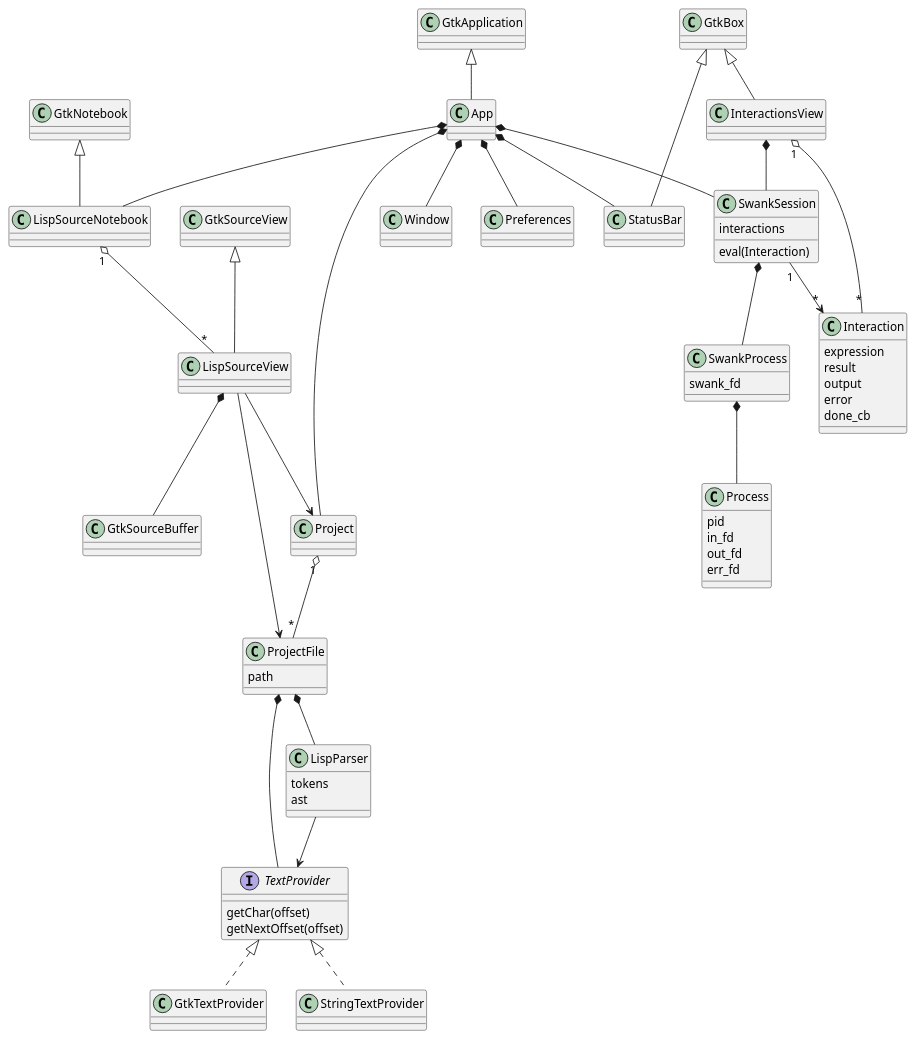
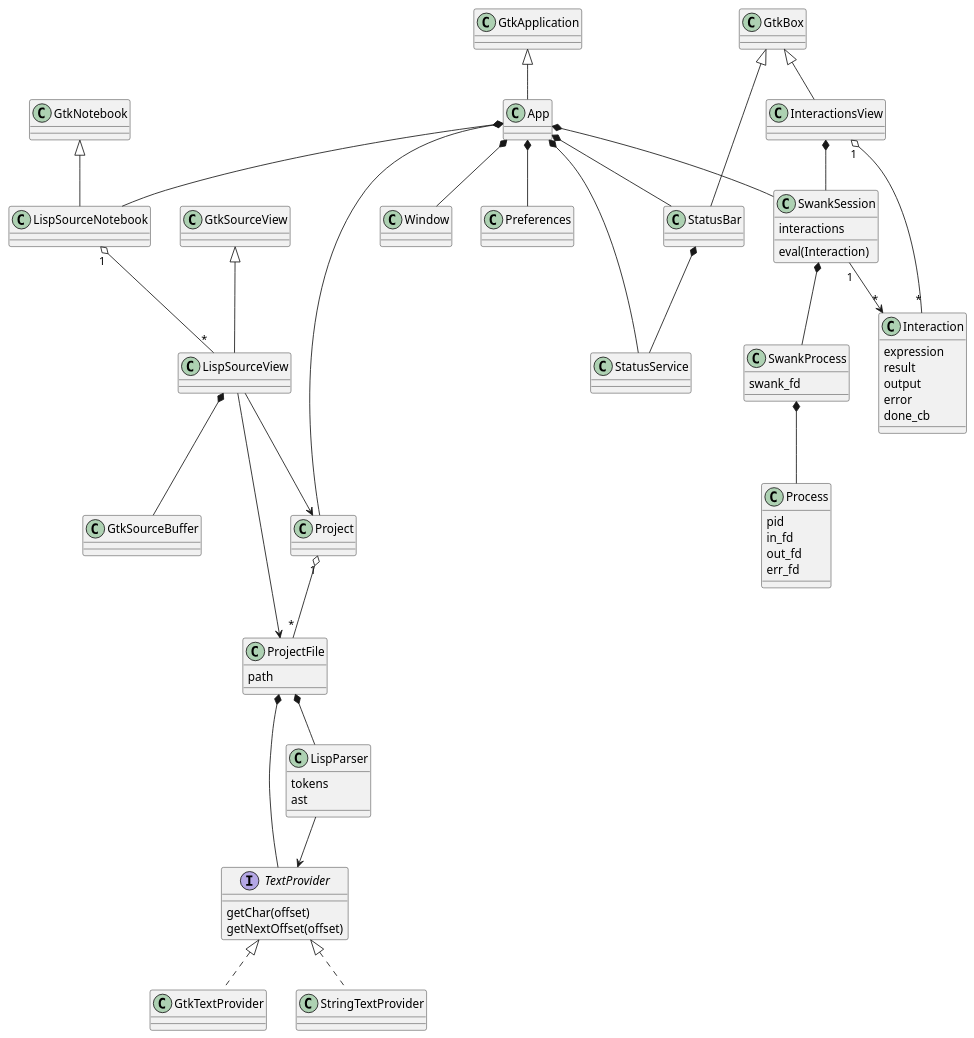
Before and after one commit to JeromeA/glide: the diagram in doc/classes.plantuml, drawn with PlantUML. The commit also changed 11 other files, not shown here.

Commit message:
Split status bar logic into service

```diff
--- a/doc/classes.plantuml
+++ b/doc/classes.plantuml
@@ -1,54 +1,56 @@
 @startuml
 
 GtkApplication <|-- App
 App *-- Project
 App *-- SwankSession
 App *-- Window
 App *-- LispSourceNotebook
 App *-- Preferences
 App *-- StatusBar
+App *-- StatusService
+StatusBar *-- StatusService
 
 GtkSourceView <|-- LispSourceView
 LispSourceView *-- GtkSourceBuffer
 LispSourceView --> Project
 LispSourceView --> ProjectFile
 GtkNotebook <|-- LispSourceNotebook
 LispSourceNotebook "1" o-- "*" LispSourceView
 
 Project "1" o-- "*" ProjectFile
 
 ProjectFile *-- LispParser
 ProjectFile *-- TextProvider
 ProjectFile : path
 
 GtkBox <|-- InteractionsView
 GtkBox <|-- StatusBar
 InteractionsView "1" o-- "*" Interaction
 InteractionsView *-- SwankSession
 Interaction : expression
 Interaction : result
 Interaction : output
 Interaction : error
 Interaction : done_cb
 SwankSession : eval(Interaction)
 SwankSession : interactions
 SwankSession "1" --> "*" Interaction
 SwankSession *-- SwankProcess
 SwankProcess *-- Process
 SwankProcess : swank_fd
 
 Process : pid
 Process : in_fd
 Process : out_fd
 Process : err_fd
 
 LispParser : tokens
 LispParser : ast
 LispParser --> TextProvider
 interface TextProvider
 TextProvider <|.. GtkTextProvider
 TextProvider <|.. StringTextProvider
 TextProvider : getChar(offset)
 TextProvider : getNextOffset(offset)
 
 @enduml
```
